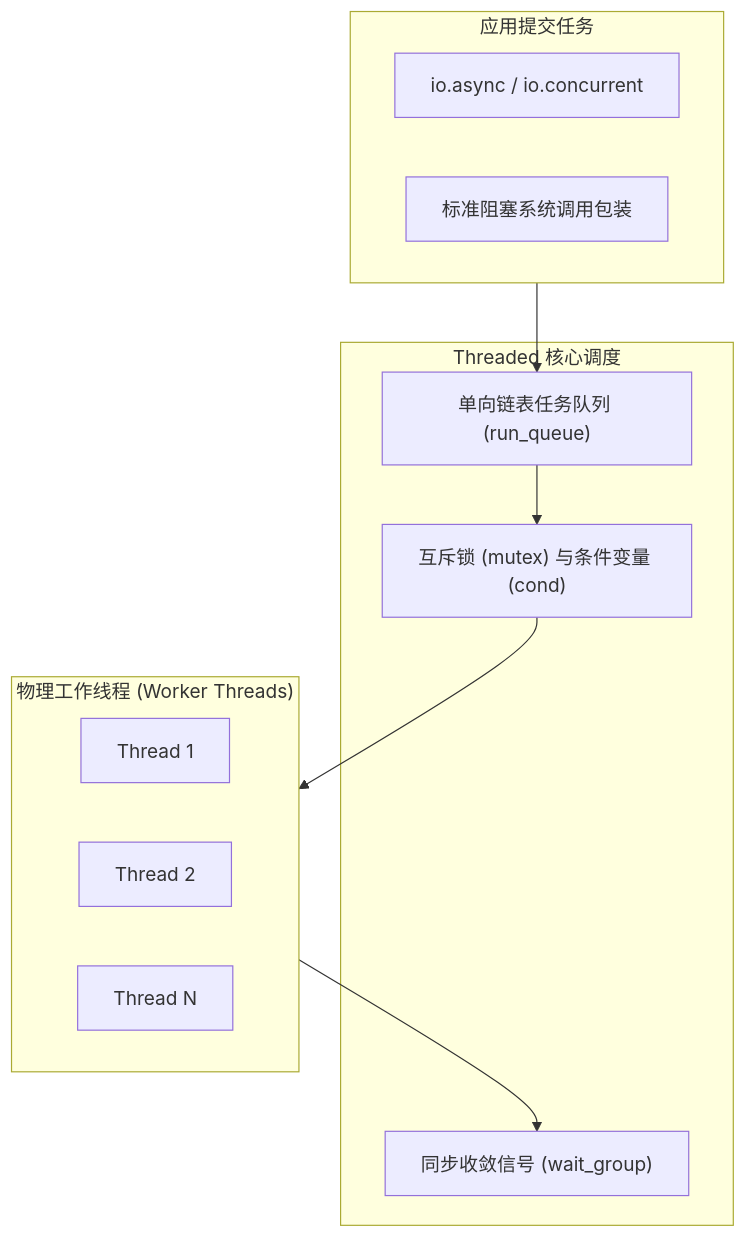
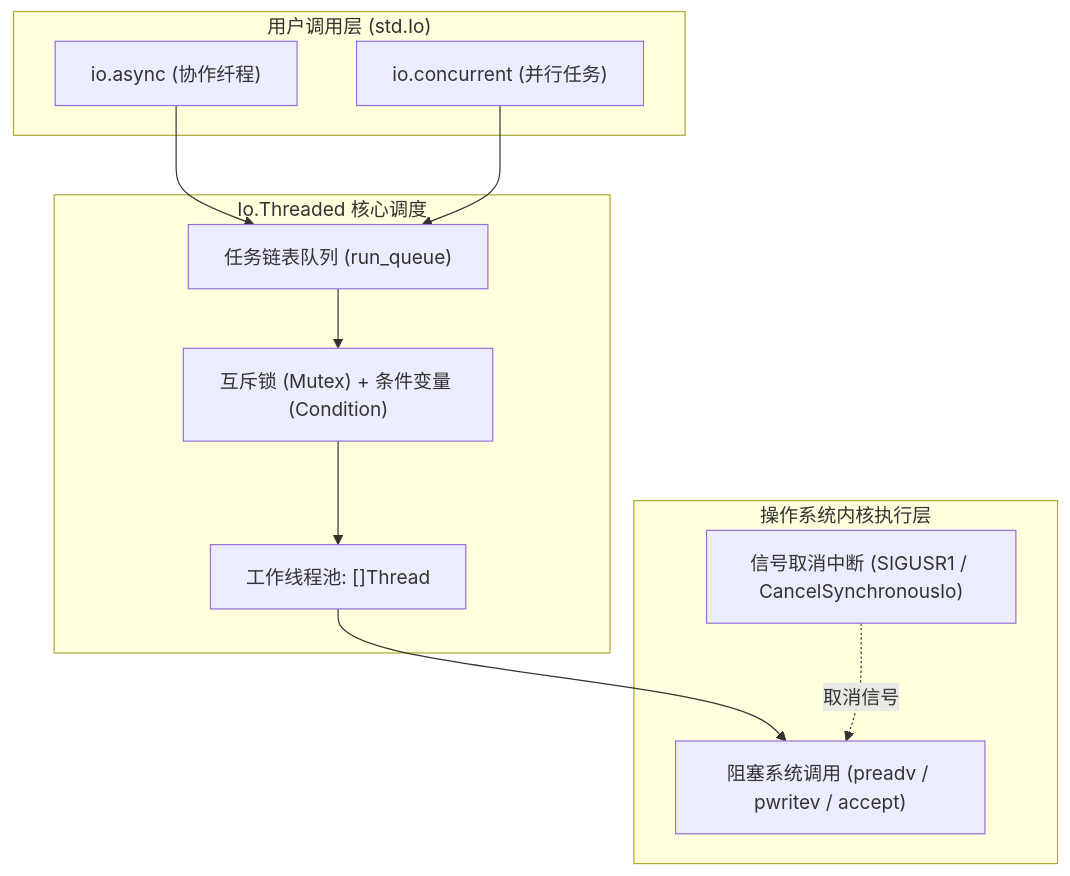
The first of 2 diagrams in zig-io/src/internals/threaded-backend.md (jiacai2050/x), drawn with Mermaid before and after one commit. The commit also changed other lines of this file and 28 other files, not shown here.

````diff
--- a/zig-io/src/internals/threaded-backend.md
+++ b/zig-io/src/internals/threaded-backend.md
@@ -11,24 +13,26 @@
 ```mermaid
 graph TB
-    subgraph Client ["应用提交任务"]
-        T1["io.async / io.concurrent"]
-        T2["标准阻塞系统调用包装"]
+    subgraph ClientLayer ["用户调用层 (std.Io)"]
+        TaskAsync["io.async (协作纤程)"]
+        TaskConcurrent["io.concurrent (并行任务)"]
     end
 
-    subgraph ThreadedEngine ["Threaded 核心调度"]
-        RQ["单向链表任务队列 (run_queue)"]
-        CV["互斥锁 (mutex) 与条件变量 (cond)"]
-        WG["同步收敛信号 (wait_group)"]
+    subgraph ThreadedCore ["Io.Threaded 核心调度"]
+        RunQueue["任务链表队列 (run_queue)"]
+        CondVar["互斥锁 (Mutex) + 条件变量 (Condition)"]
+        WorkerPool["工作线程池: []Thread"]
+        
+        TaskAsync --> RunQueue
+        TaskConcurrent --> RunQueue
+        RunQueue --> CondVar
+        CondVar --> WorkerPool
     end
 
-    subgraph Workers ["物理工作线程 (Worker Threads)"]
-        W1["Thread 1"]
-        W2["Thread 2"]
-        W3["Thread N"]
+    subgraph OSKernel ["操作系统内核执行层"]
+        SyscallBlock["阻塞系统调用 (preadv / pwritev / accept)"]
+        SignalInterrupt["信号取消中断 (SIGUSR1 / CancelSynchronousIo)"]
+        
+        WorkerPool --> SyscallBlock
+        SignalInterrupt -.->|取消信号| SyscallBlock
     end
-
-    Client --> RQ
-    RQ --> CV
-    CV --> Workers
-    Workers --> WG
 ```
````
